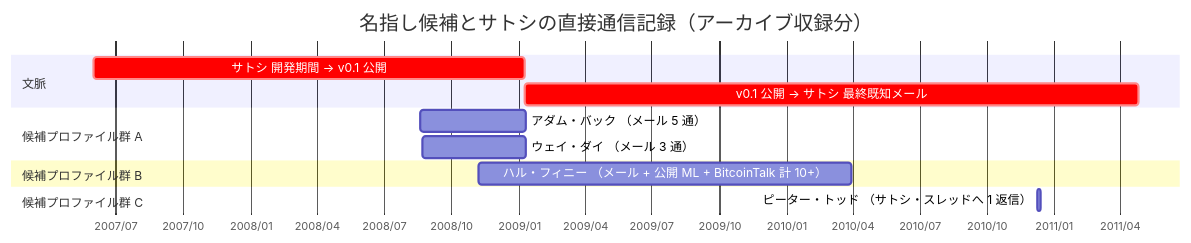
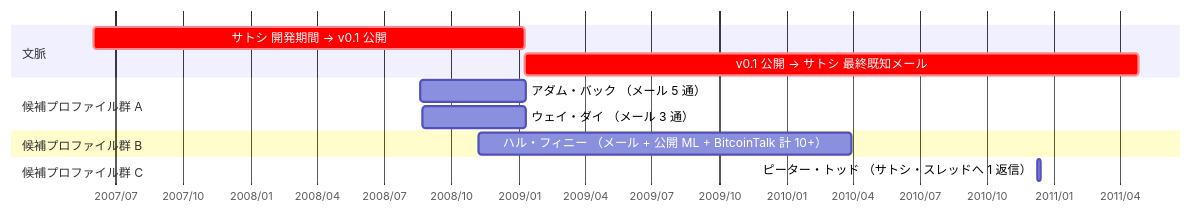
One commit to cypher256/BitcoinArchive changed the first of 2 diagrams in src/data/translations/ja/analysis/2008-10-31-satoshi-identity-hypotheses-overview.md. Above: the diagram before and after it, drawn with Mermaid. The commit also changed other lines of this file and 50 other files, not shown here.

````diff
--- a/src/data/translations/ja/analysis/2008-10-31-satoshi-identity-hypotheses-overview.md
+++ b/src/data/translations/ja/analysis/2008-10-31-satoshi-identity-hypotheses-overview.md
@@ -126,20 +129,19 @@
 ```mermaid
 gantt
-    title 名指し候補とサトシの直接通信記録（アーカイブ収録分）
     dateFormat YYYY-MM-DD
     axisFormat %Y/%m
 
     section 文脈
     サトシ 開発期間 → v0.1 公開 :crit, 2007-06-01, 2009-01-09
     v0.1 公開 → サトシ 最終既知メール :crit, 2009-01-09, 2011-04-26
 
     section 候補プロファイル群 A
     アダム・バック （メール 5 通） :2008-08-20, 2009-01-11
     ウェイ・ダイ （メール 3 通） :2008-08-22, 2009-01-11
 
     section 候補プロファイル群 B
     ハル・フィニー （メール + 公開 ML + BitcoinTalk 計 10+） :2008-11-07, 2010-03-31
 
     section 候補プロファイル群 C
     ピーター・トッド （サトシ・スレッドへ 1 返信） :2010-12-09, 2010-12-13
 ```
````
